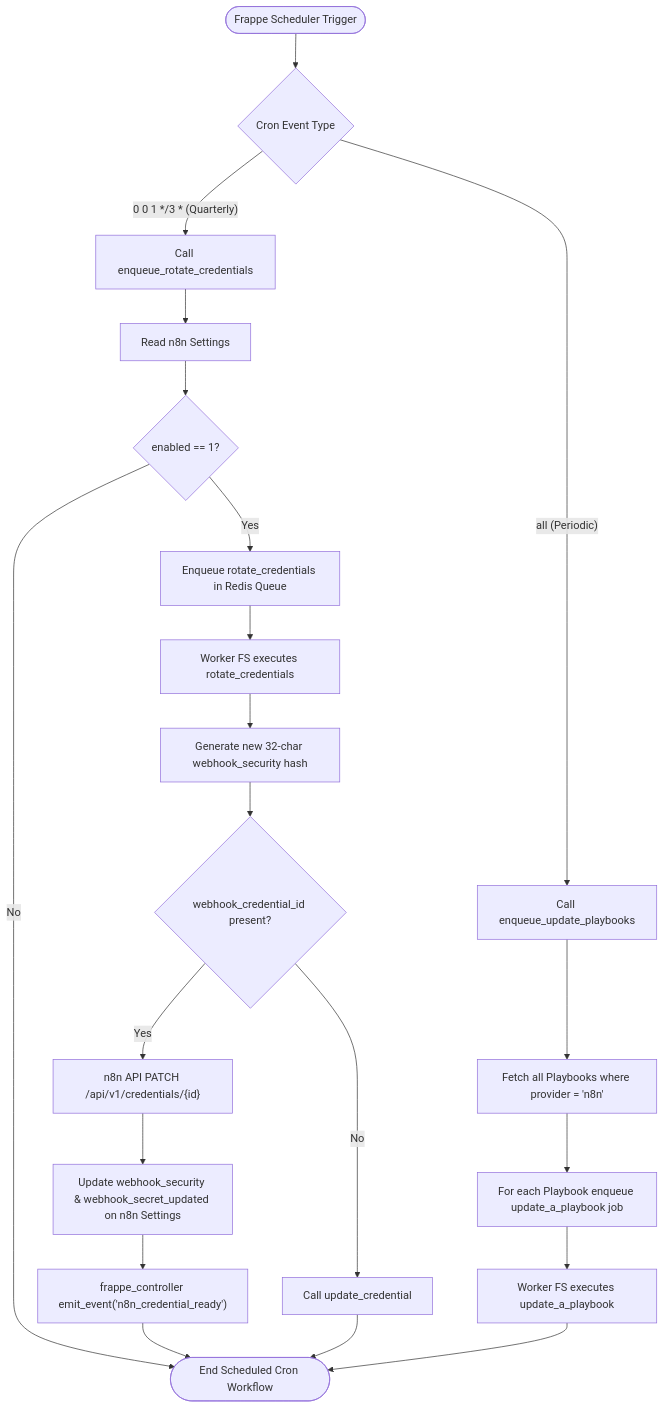
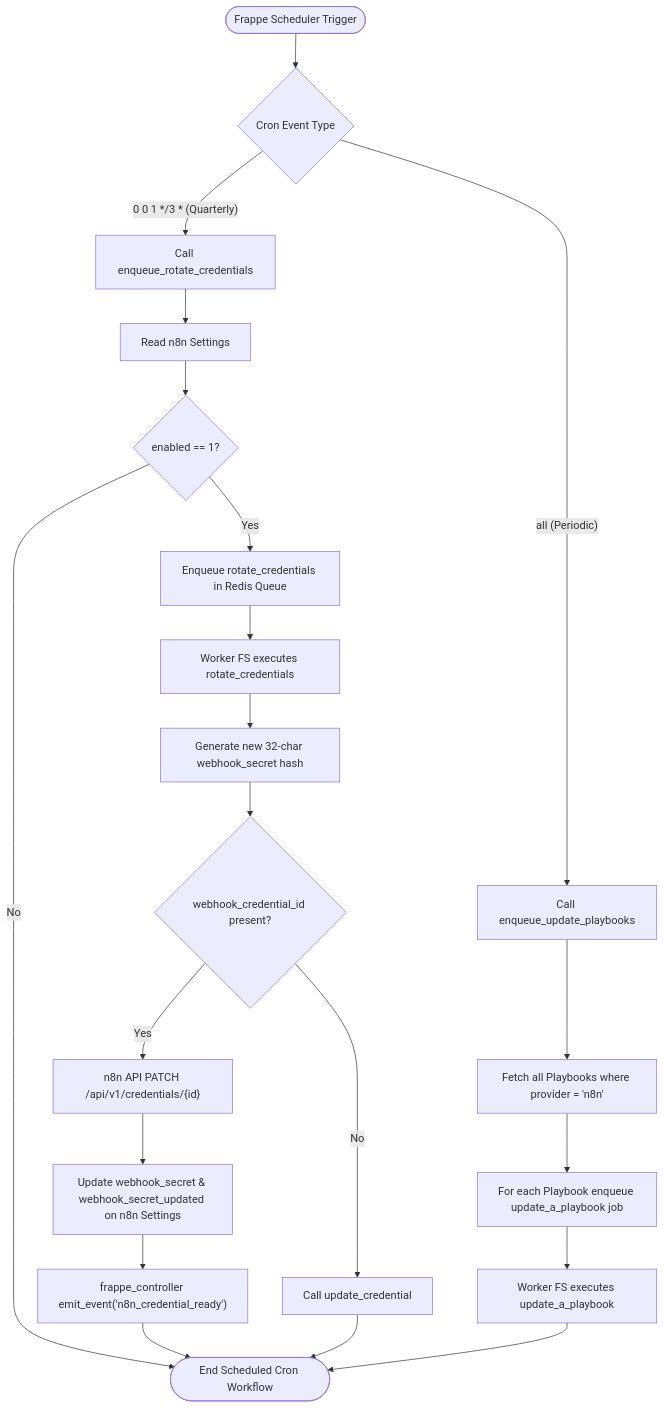
Before and after one commit to aurumorinc/frappe-n8n: the diagram in docs/architecture/bpmn/09-scheduled-cron-events.md, drawn with Mermaid. The commit also changed 9 other files, not shown here.

First line of the commit message:
docs: rename webhook_security to webhook_secret

````diff
--- a/docs/architecture/bpmn/09-scheduled-cron-events.md
+++ b/docs/architecture/bpmn/09-scheduled-cron-events.md
@@ -5,26 +5,26 @@
 ```mermaid
 flowchart TD
     Start([Frappe Scheduler Trigger]) --> CronType{Cron Event Type}
     
     CronType -- "0 0 1 */3 *" (Quarterly) --> CallEnqueueRotate[Call enqueue_rotate_credentials]
     CallEnqueueRotate --> ReadSettings[Read n8n Settings]
     ReadSettings --> IsEnabled{enabled == 1?}
     IsEnabled -- No --> End([End Scheduled Cron Workflow])
     IsEnabled -- Yes --> EnqRotate["Enqueue rotate_credentials in Redis Queue"]
     EnqRotate --> WorkerRotate["Worker FS executes rotate_credentials"]
     
-    WorkerRotate --> GenSec[Generate new 32-char webhook_security hash]
+    WorkerRotate --> GenSec[Generate new 32-char webhook_secret hash]
     GenSec --> CheckCredId{webhook_credential_id present?}
     
     CheckCredId -- Yes --> PatchCred["n8n API PATCH /api/v1/credentials/{id}"]
-    PatchCred --> SyncSettings[Update webhook_security & webhook_secret_updated on n8n Settings]
+    PatchCred --> SyncSettings[Update webhook_secret & webhook_secret_updated on n8n Settings]
     SyncSettings --> EmitCredReady["frappe_controller emit_event('n8n_credential_ready')"] --> End
     
     CheckCredId -- No --> FallbackUpdate[Call update_credential] --> End
     
     CronType -- "all" (Periodic) --> CallEnqueueSync[Call enqueue_update_playbooks]
     CallEnqueueSync --> FetchPbs[Fetch all Playbooks where provider = 'n8n']
     FetchPbs --> LoopPbs[For each Playbook enqueue update_a_playbook job]
     LoopPbs --> WorkerSync["Worker FS executes update_a_playbook"]
     WorkerSync --> End
 ```
````
